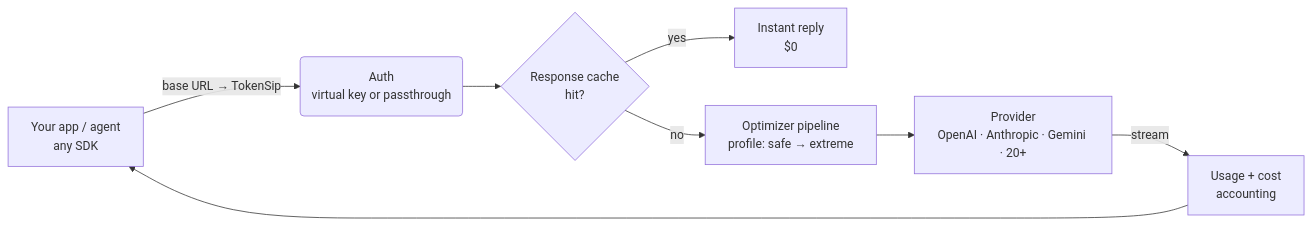
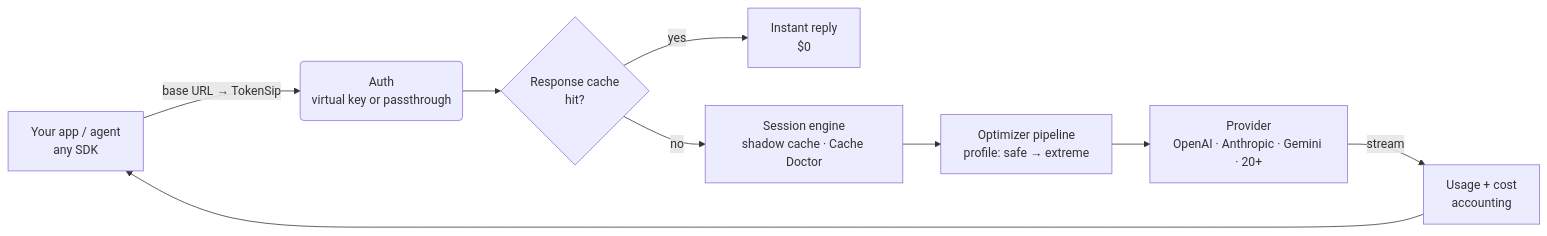
The diagram in docs/how-it-works.md (IMRX44/tokensip), drawn with Mermaid before and after one commit. The commit also changed other lines of this file and 36 other files, not shown here.

First line of the commit message:
feat: tokensip 2.0 — simulator CLI, faster session engine, docs

````diff
--- a/docs/how-it-works.md
+++ b/docs/how-it-works.md
@@ -8,10 +8,11 @@
 ```mermaid
 flowchart LR
     A[Your app / agent<br/>any SDK] -->|base URL → TokenSip| B(Auth<br/>virtual key or passthrough)
     B --> C{Response cache<br/>hit?}
     C -- yes --> R[Instant reply<br/>$0]
-    C -- no --> D[Optimizer pipeline<br/>profile: safe → extreme]
+    C -- no --> S[Session engine<br/>shadow cache · Cache Doctor]
+    S --> D[Optimizer pipeline<br/>profile: safe → extreme]
     D --> E[Provider<br/>OpenAI · Anthropic · Gemini · 20+]
     E -->|stream| F[Usage + cost<br/>accounting]
     F --> A
 ```
````
